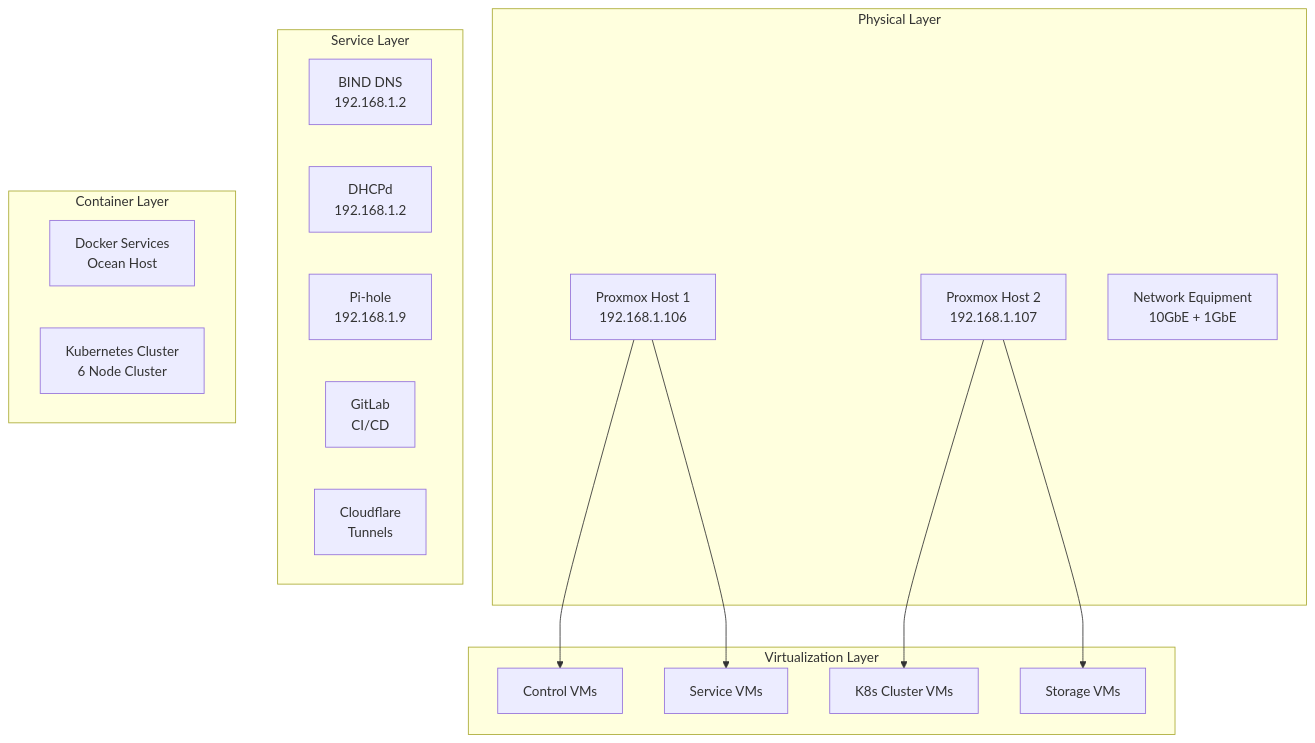
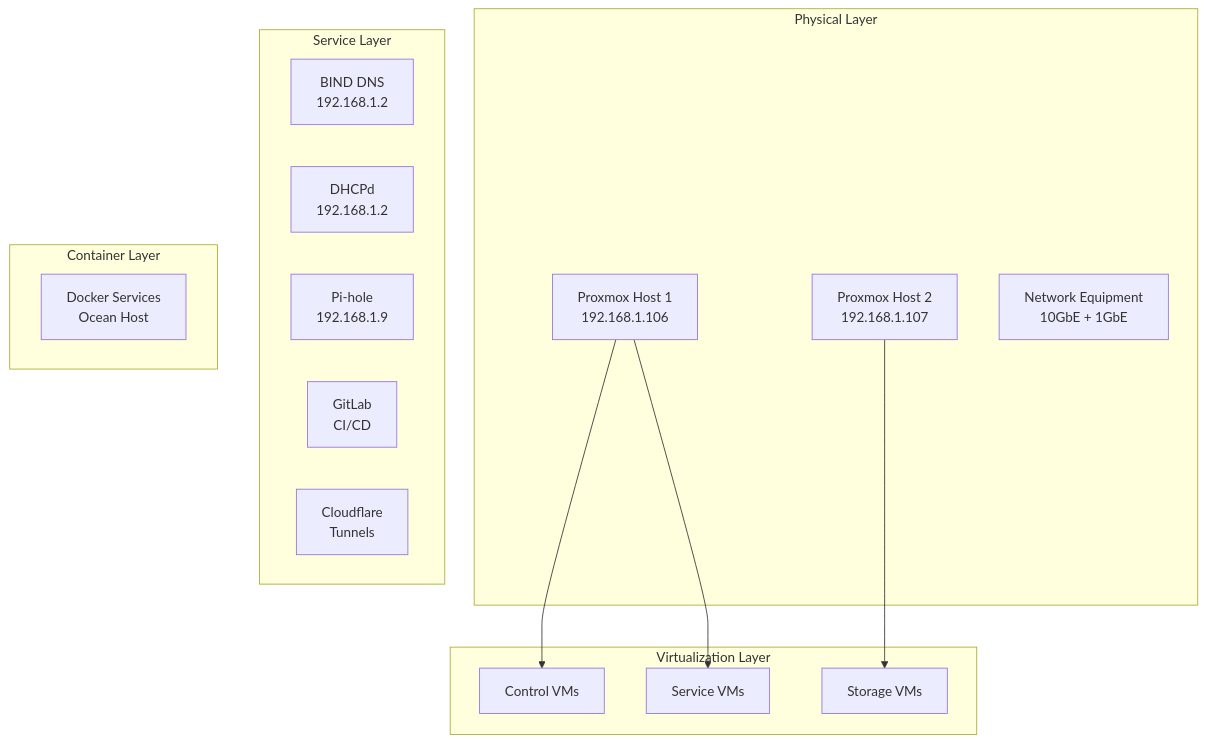
Before and after one commit to bluefishforsale/homelab: the diagram in docs/architecture/overview.md, drawn with Mermaid. The commit also changed other lines of this file and 289 other files, not shown here.

First line of the commit message:
feat: implement GitHub Actions CI/CD with multi-tier safety architecture

````diff
--- a/docs/architecture/overview.md
+++ b/docs/architecture/overview.md
@@ -18,28 +18,26 @@
 ```mermaid
 graph TB
     subgraph "Physical Layer"
         PM1[Proxmox Host 1<br/>192.168.1.106]
         PM2[Proxmox Host 2<br/>192.168.1.107]
         NW[Network Equipment<br/>10GbE + 1GbE]
     end
     
     subgraph "Virtualization Layer"
         PM1 --> VM1[Control VMs]
         PM1 --> VM2[Service VMs]
-        PM2 --> VM3[K8s Cluster VMs]
-        PM2 --> VM4[Storage VMs]
+        PM2 --> VM3[Storage VMs]
     end
     
     subgraph "Service Layer"
         DNS[BIND DNS<br/>192.168.1.2]
         DHCP[DHCPd<br/>192.168.1.2]
         PH[Pi-hole<br/>192.168.1.9]
         GL[GitLab<br/>CI/CD]
         CF[Cloudflare<br/>Tunnels]
     end
     
     subgraph "Container Layer"
         DOCKER[Docker Services<br/>Ocean Host]
-        K8S[Kubernetes Cluster<br/>6 Node Cluster]
     end
 ```
````
